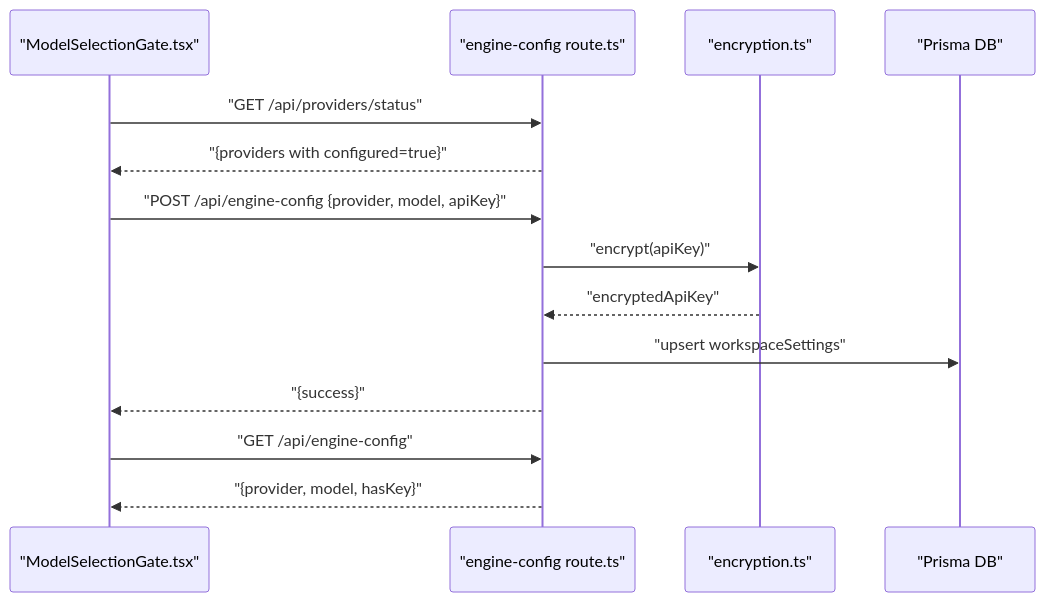
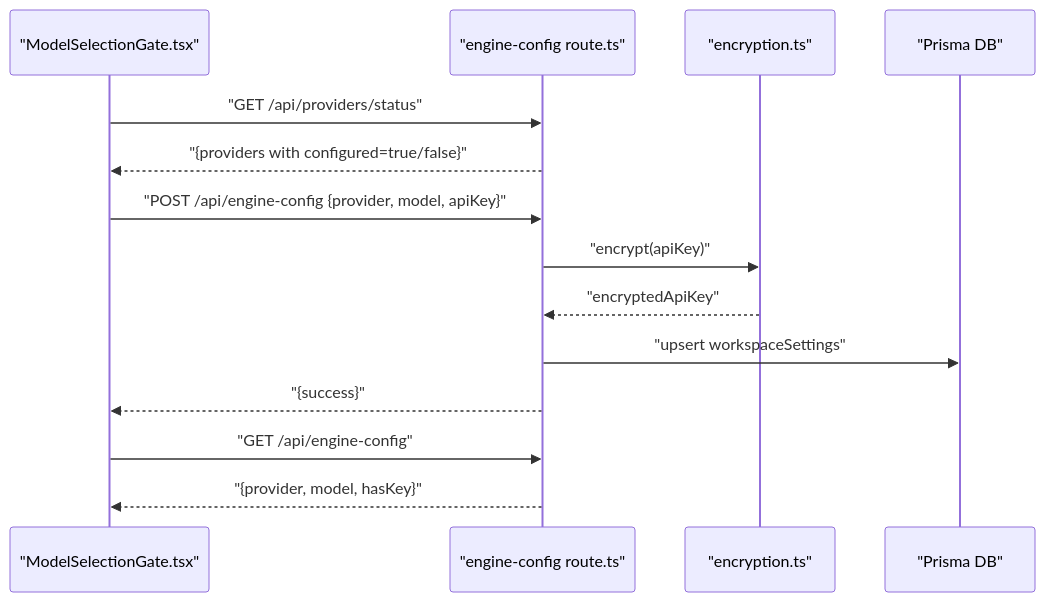
Before and after one commit to shekhargiri005-dotcom/AI-powered-accessibility-first-UI-engine: the seventh of 9 diagrams in .qoder/repowiki/en/content/AI Generation Engine/AI Provider Adapters/Configuration & Authentication Management.md, drawn with Mermaid. The commit also changed other lines of this file and 8 other files, not shown here.

````diff
--- a/.qoder/repowiki/en/content/AI Generation Engine/AI Provider Adapters/Configuration & Authentication Management.md
+++ b/.qoder/repowiki/en/content/AI Generation Engine/AI Provider Adapters/Configuration & Authentication Management.md
@@ -232,16 +267,16 @@
 ```mermaid
 sequenceDiagram
 participant UI as "ModelSelectionGate.tsx"
 participant API as "engine-config route.ts"
 participant ENC as "encryption.ts"
 participant DB as "Prisma DB"
 UI->>API : "GET /api/providers/status"
-API-->>UI : "{providers with configured=true}"
+API-->>UI : "{providers with configured=true/false}"
 UI->>API : "POST /api/engine-config {provider, model, apiKey}"
 API->>ENC : "encrypt(apiKey)"
 ENC-->>API : "encryptedApiKey"
 API->>DB : "upsert workspaceSettings"
 API-->>UI : "{success}"
 UI->>API : "GET /api/engine-config"
 API-->>UI : "{provider, model, hasKey}"
 ```
````
